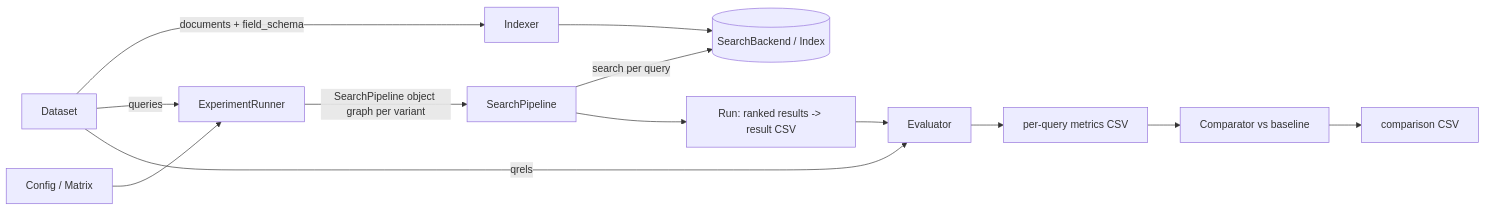
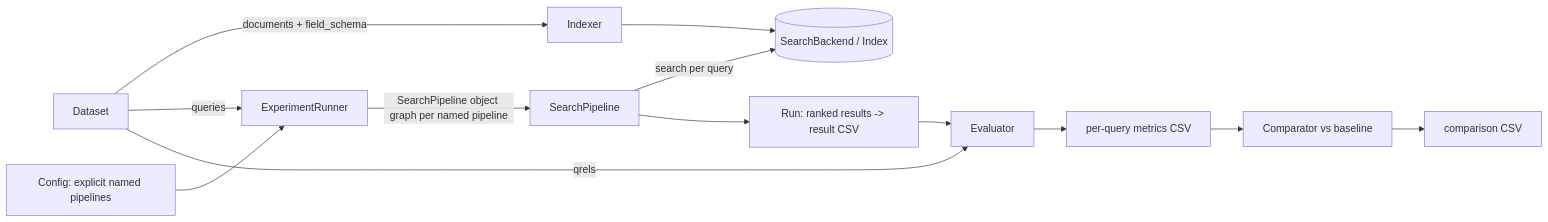
Before and after one commit to TensorOpt/search-rag-evaluation: the first of 4 diagrams in docs/experiment.md, drawn with Mermaid. The commit also changed other lines of this file and 11 other files, not shown here.

````diff
--- a/docs/experiment.md
+++ b/docs/experiment.md
@@ -43,15 +46,15 @@
 ```mermaid
 flowchart LR
   DS[Dataset] -->|documents + field_schema| IDX[Indexer]
   IDX --> BK[(SearchBackend / Index)]
   DS -->|queries| HARNESS[ExperimentRunner]
-  CFG[Config / Matrix] --> HARNESS
-  HARNESS -->|SearchPipeline object graph per variant| PIPE[SearchPipeline]
+  CFG[Config: explicit named pipelines] --> HARNESS
+  HARNESS -->|SearchPipeline object graph per named pipeline| PIPE[SearchPipeline]
   PIPE -->|search per query| BK
   PIPE --> RUN[Run: ranked results -> result CSV]
   DS -->|qrels| EVAL[Evaluator]
   RUN --> EVAL
   EVAL --> M[per-query metrics CSV]
   M --> CMP[Comparator vs baseline]
   CMP --> C[comparison CSV]
 ```
````
